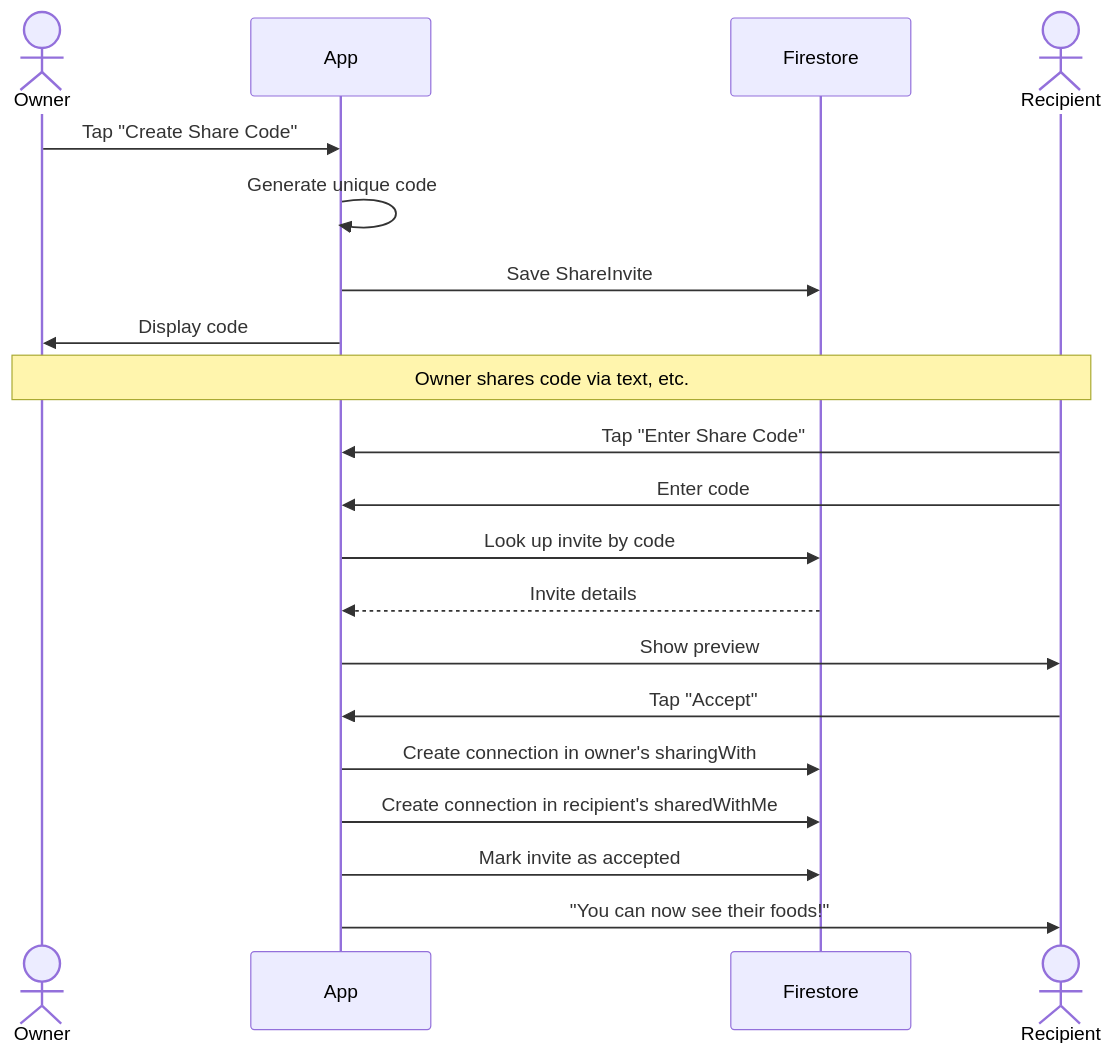
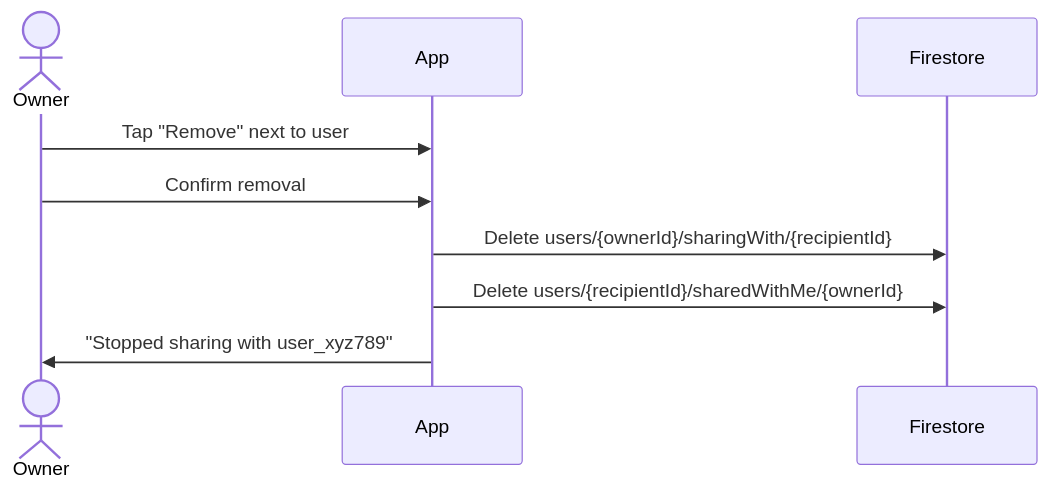
The second of 4 diagrams in doc/food-sharing-design.md (TimothyYao/meal-planning), drawn with Mermaid before and after one commit. The commit also changed other lines of this file and 4 other files, not shown here.

First line of the commit message:
Simplify food sharing to direct user ID sharing

````diff
--- a/doc/food-sharing-design.md
+++ b/doc/food-sharing-design.md
@@ -304,26 +197,14 @@
 ```mermaid
 sequenceDiagram
-    actor Owner as Owner
-    participant App as App
+    actor Owner
+    participant App
     participant FS as Firestore
-    actor Recipient as Recipient
 
-    Owner->>App: Tap "Create Share Code"
-    App->>App: Generate unique code
-    App->>FS: Save ShareInvite
-    App->>Owner: Display code
+    Owner->>App: Tap "Remove" next to user
+    Owner->>App: Confirm removal
     
-    Note over Owner,Recipient: Owner shares code via text, etc.
+    App->>FS: Delete users/{ownerId}/sharingWith/{recipientId}
+    App->>FS: Delete users/{recipientId}/sharedWithMe/{ownerId}
     
-    Recipient->>App: Tap "Enter Share Code"
-    Recipient->>App: Enter code
-    App->>FS: Look up invite by code
-    FS-->>App: Invite details
-    App->>Recipient: Show preview
-    Recipient->>App: Tap "Accept"
-    
-    App->>FS: Create connection in owner's sharingWith
-    App->>FS: Create connection in recipient's sharedWithMe
-    App->>FS: Mark invite as accepted
-    App->>Recipient: "You can now see their foods!"
+    App->>Owner: "Stopped sharing with user_xyz789"
 ```
````
